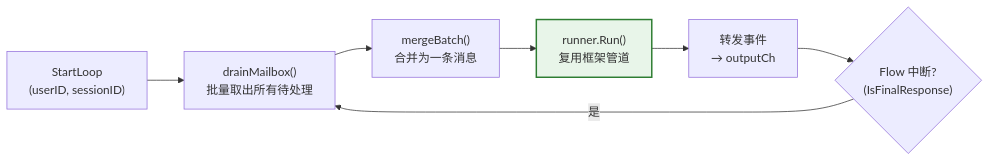
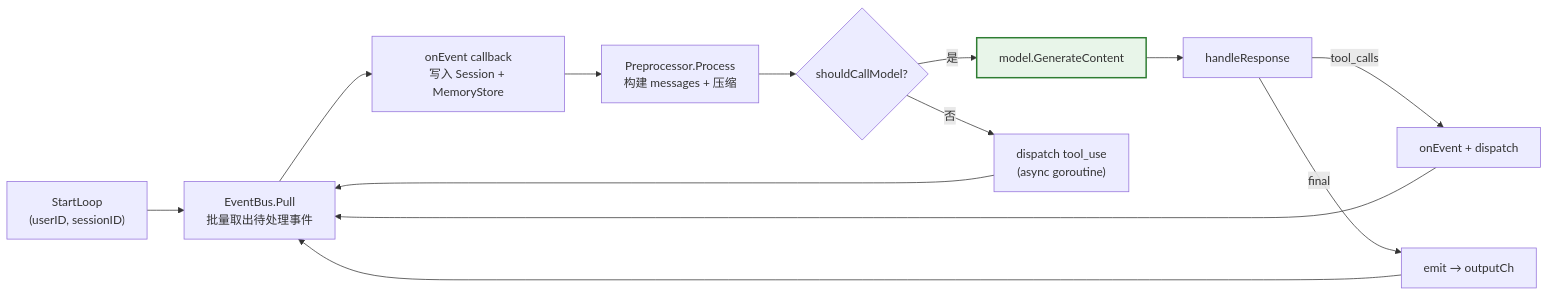
Before and after one commit to SpellingDragon/tagent: the fourth of 9 diagrams in README.md, drawn with Mermaid. The commit also changed other lines of this file and 8 other files, not shown here.

First line of the commit message:
docs: align wiki and README with event-driven architecture

````diff
--- a/README.md
+++ b/README.md
@@ -219,11 +219,17 @@
 ```mermaid
 graph LR
-    START["StartLoop<br/>(userID, sessionID)"] --> DRAIN["drainMailbox()<br/>批量取出所有待处理"]
-    DRAIN --> MERGE["mergeBatch()<br/>合并为一条消息"]
-    MERGE --> RUN["runner.Run()<br/>复用框架管道"]
-    RUN --> FWD["转发事件<br/>→ outputCh"]
-    FWD --> CHECK{"Flow 中断?<br/>(IsFinalResponse)"}
-    CHECK -->|"是"| DRAIN
+    START["StartLoop<br/>(userID, sessionID)"] --> PULL["EventBus.Pull<br/>批量取出待处理事件"]
+    PULL --> ONEVT["onEvent callback<br/>写入 Session + MemoryStore"]
+    ONEVT --> PROC["Preprocessor.Process<br/>构建 messages + 压缩"]
+    PROC --> MODEL{"shouldCallModel?"}
+    MODEL -->|"是"| CALL["model.GenerateContent"]
+    MODEL -->|"否"| DISPATCH["dispatch tool_use<br/>(async goroutine)"]
+    CALL --> RESP["handleResponse"]
+    RESP -->|"tool_calls"| ONEVT2["onEvent + dispatch"]
+    RESP -->|"final"| EMIT["emit → outputCh"]
+    ONEVT2 --> PULL
+    EMIT --> PULL
+    DISPATCH --> PULL
 
-    style RUN fill:#e8f5e9,stroke:#2e7d32,stroke-width:2px
+    style CALL fill:#e8f5e9,stroke:#2e7d32,stroke-width:2px
 ```
````
